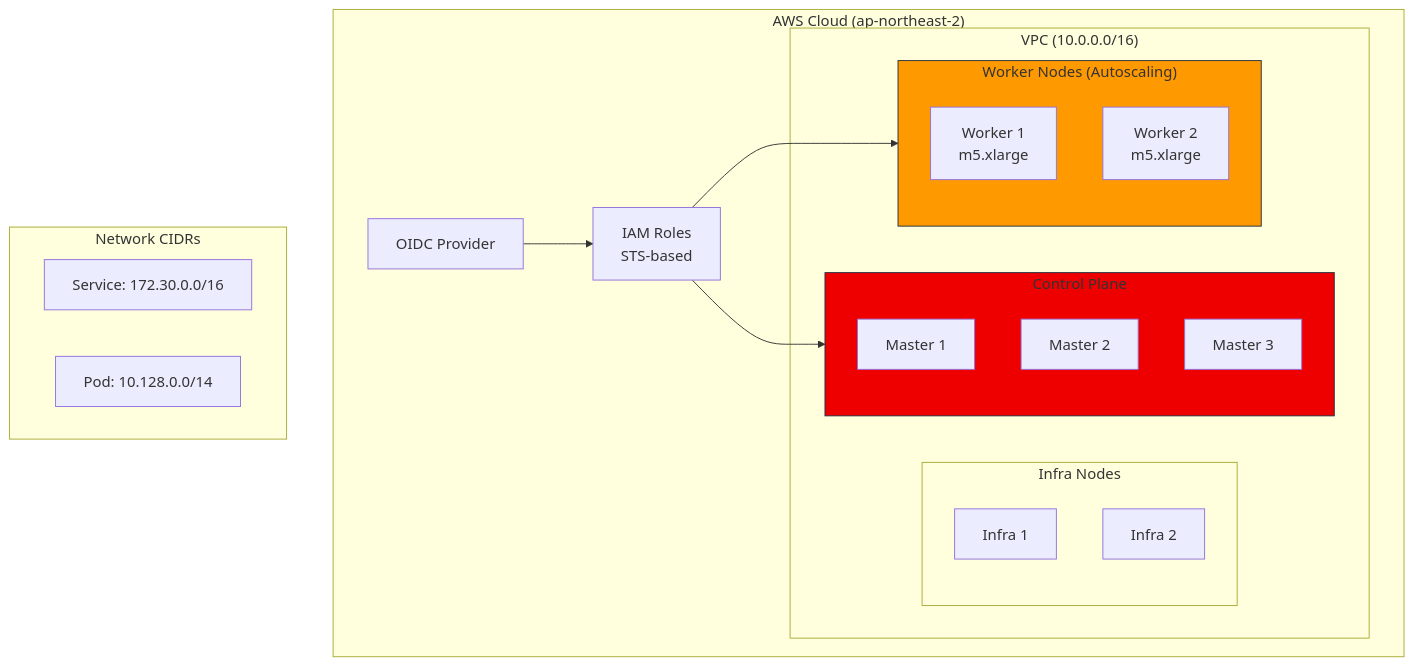
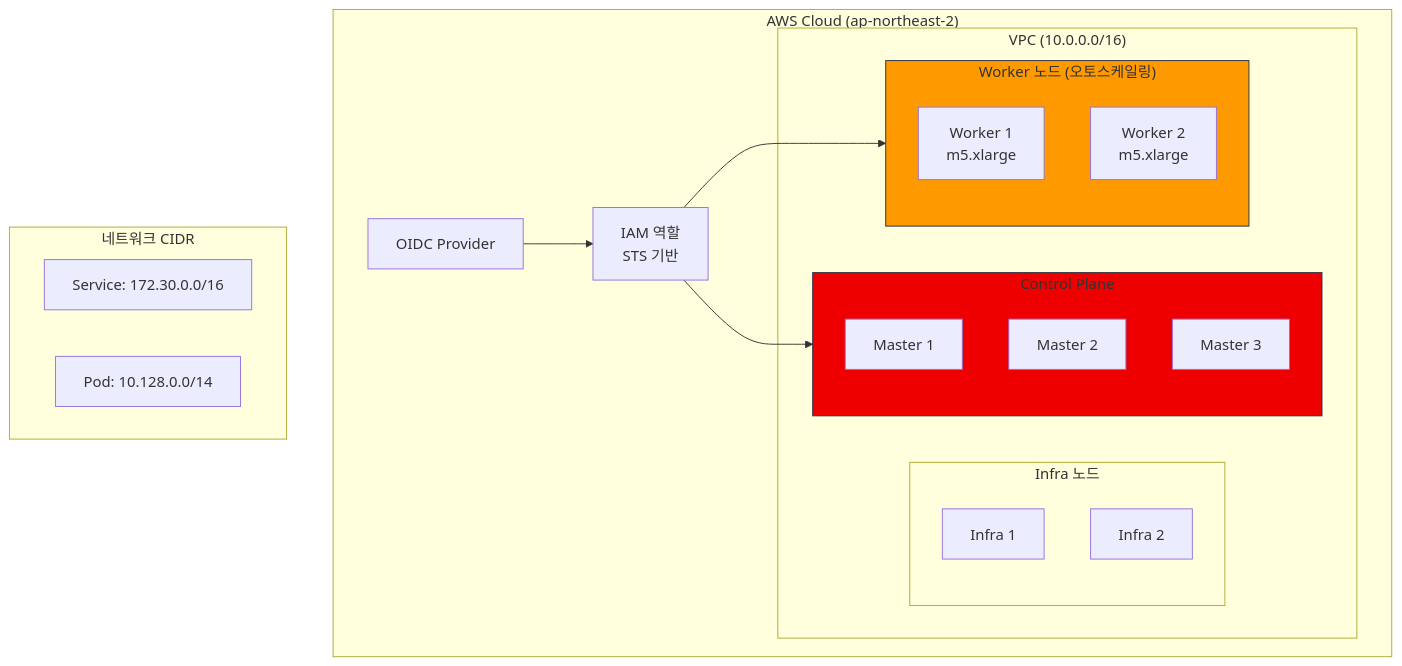
The diagram in docs/rosa/rosa-demo-installation.md (devfloor9/engineering-playbook), drawn with Mermaid before and after one commit. The commit also changed other lines of this file and 24 other files, not shown here.

````diff
--- a/docs/rosa/rosa-demo-installation.md
+++ b/docs/rosa/rosa-demo-installation.md
@@ -167,34 +191,34 @@
 ```mermaid
 graph TB
     subgraph AWS["AWS Cloud (ap-northeast-2)"]
         subgraph VPC["VPC (10.0.0.0/16)"]
             subgraph CP["Control Plane"]
                 M1[Master 1]
                 M2[Master 2]
                 M3[Master 3]
             end
-            subgraph Infra["Infra Nodes"]
+            subgraph Infra["Infra 노드"]
                 I1[Infra 1]
                 I2[Infra 2]
             end
-            subgraph Workers["Worker Nodes (Autoscaling)"]
+            subgraph Workers["Worker 노드 (오토스케일링)"]
                 W1[Worker 1<br/>m5.xlarge]
                 W2[Worker 2<br/>m5.xlarge]
             end
         end
-        IAM[IAM Roles<br/>STS-based]
+        IAM[IAM 역할<br/>STS 기반]
         OIDC[OIDC Provider]
     end
 
-    subgraph Network["Network CIDRs"]
-        SC[Service: 172.30.0.0/16]
-        PC[Pod: 10.128.0.0/14]
+    subgraph Network["네트워크 CIDR"]
+        SC["Service: 172.30.0.0/16"]
+        PC["Pod: 10.128.0.0/14"]
     end
 
     IAM --> CP
     IAM --> Workers
     OIDC --> IAM
 
     style CP fill:#EE0000,stroke:#232f3e
     style Workers fill:#ff9900,stroke:#232f3e
 ```
````
